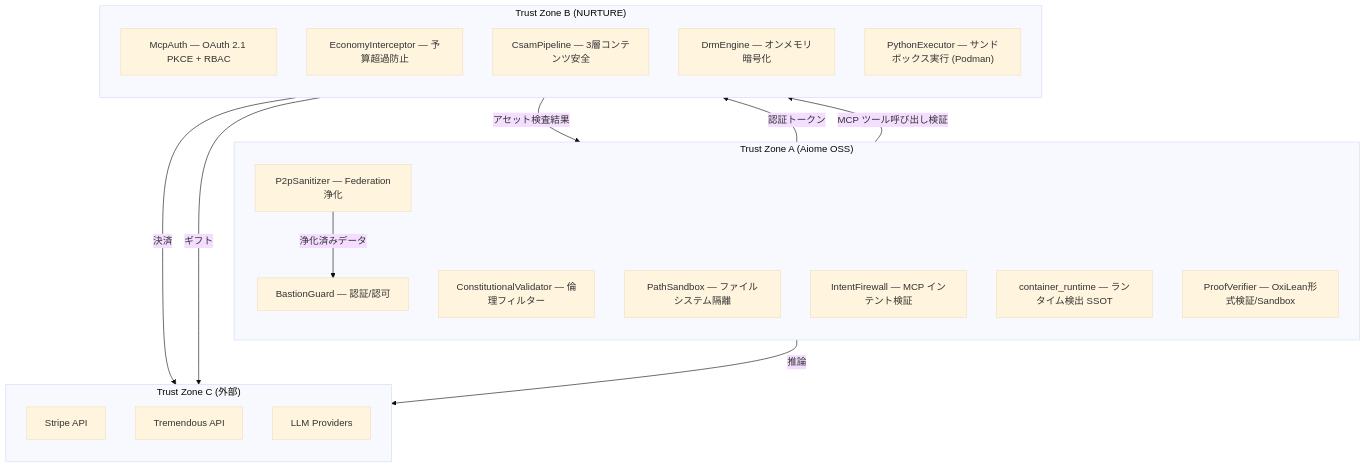
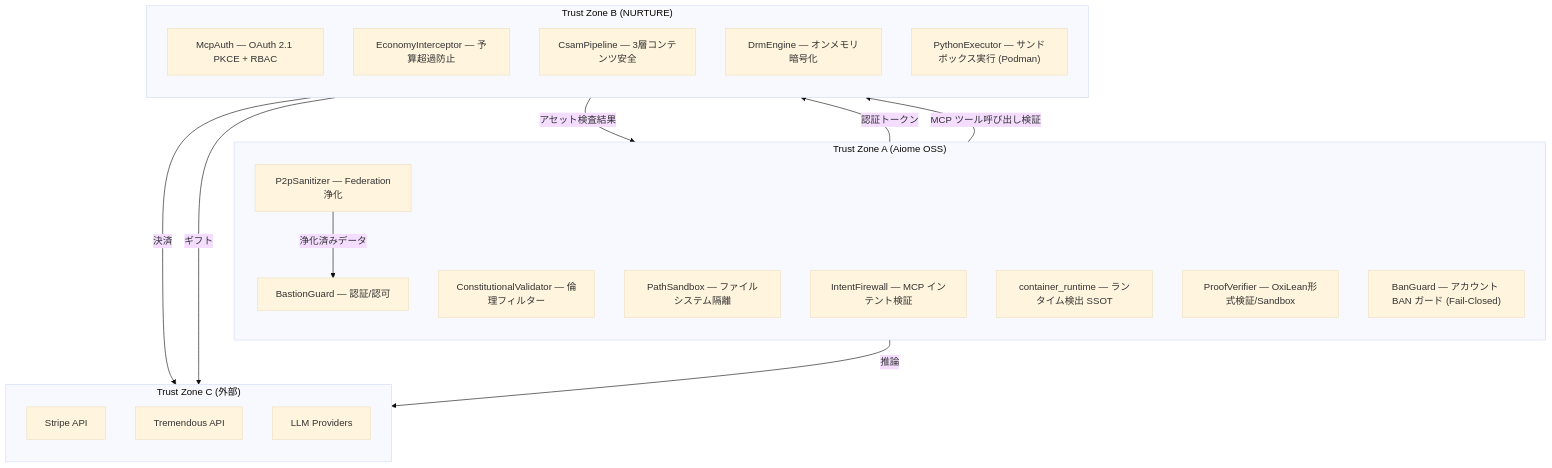
Before and after one commit to for4xex-droid/modular-open-claw: diagram 12 of 13 in docs/architecture/AIOME_NURTURE_SYNERGY.md, drawn with Mermaid (base theme). The commit also changed other lines of this file and 63 other files, not shown here.

Commit message:
feat(compliance): integrate production-ready universal ban guard, harden commerce engine, and sync architectural docs

````diff
--- a/docs/architecture/AIOME_NURTURE_SYNERGY.md
+++ b/docs/architecture/AIOME_NURTURE_SYNERGY.md
@@ -788,38 +788,39 @@
 ```mermaid
 graph TB
     subgraph "Trust Zone A (Aiome OSS)"
         direction TB
         A1["BastionGuard — 認証/認可"]
         A2["ConstitutionalValidator — 倫理フィルター"]
         A3["PathSandbox — ファイルシステム隔離"]
         A4["IntentFirewall — MCP インテント検証"]
         A5["container_runtime — ランタイム検出 SSOT"]
         A6["ProofVerifier — OxiLean形式検証/Sandbox"]
         A7["P2pSanitizer — Federation浄化"]
+        A8["BanGuard — アカウント BAN ガード (Fail-Closed)"]
     end
 
     subgraph "Trust Zone B (NURTURE)"
         direction TB
         B1["McpAuth — OAuth 2.1 PKCE + RBAC"]
         B2["EconomyInterceptor — 予算超過防止"]
         B3["CsamPipeline — 3層コンテンツ安全"]
         B4["DrmEngine — オンメモリ暗号化"]
         B6["PythonExecutor — サンドボックス実行 (Podman)"]
     end
 
     subgraph "Trust Zone C (外部)"
         direction TB
         C1["Stripe API"]
         C2["Tremendous API"]
         C3["LLM Providers"]
     end
 
     A1 -->|認証トークン| B1
     A4 -->|MCP ツール呼び出し検証| B2
     B3 -->|アセット検査結果| A3
     A7 -->|浄化済みデータ| A1
 
     B2 -->|決済| C1
     B2 -->|ギフト| C2
     A1 -->|推論| C3
 ```
````
